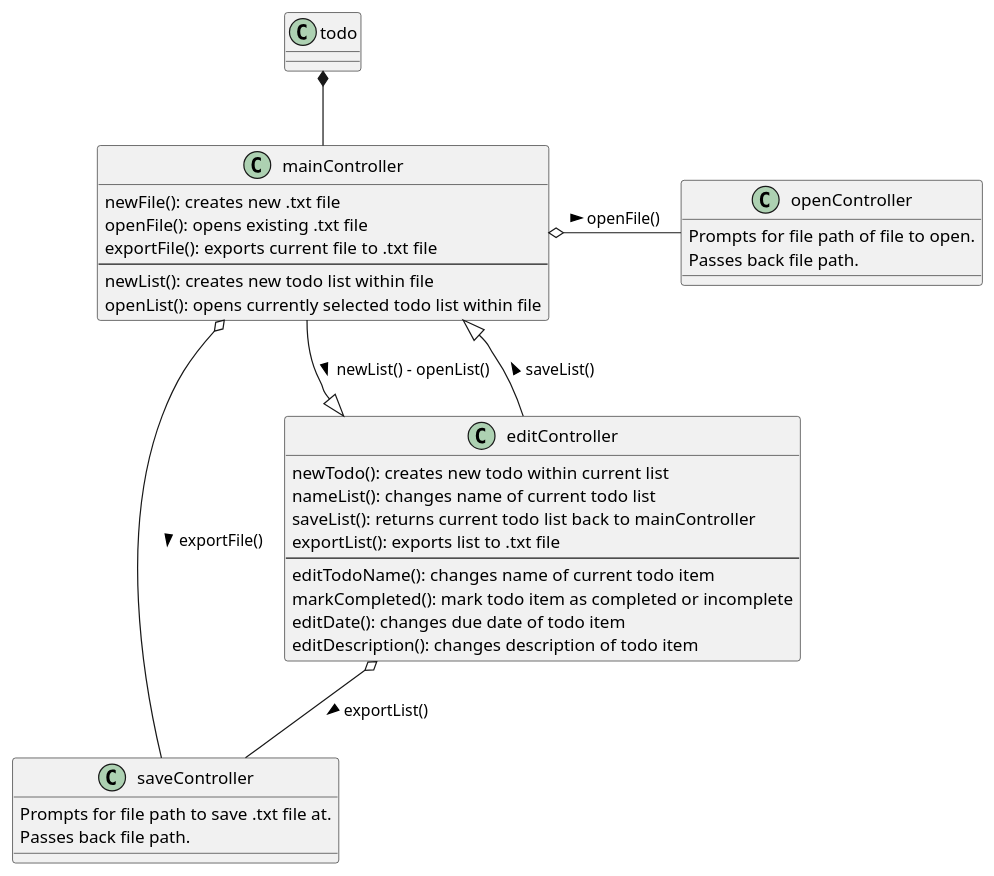
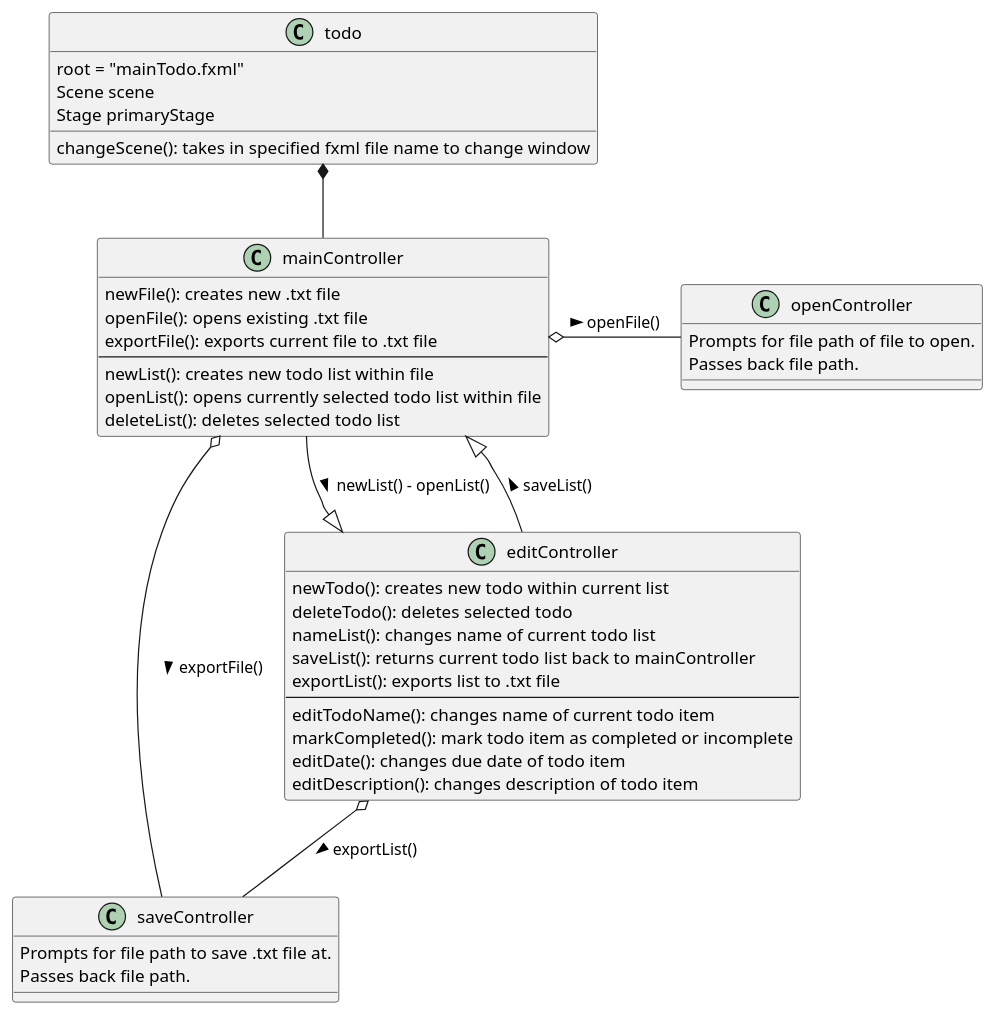
The diagram in src/uml/todo.puml (kh04p/Phan-COP3330-Assignment4part2), drawn with PlantUML before and after one commit. The commit also changed 4 other files, not shown here.

```diff
--- a/src/uml/todo.puml
+++ b/src/uml/todo.puml
@@ -1,53 +1,62 @@
 @startuml
 'https://plantuml.com/class-diagram
 
 class todo
 class mainController
 class openController
 class saveController
 class editController
+
+class todo {
+root = "mainTodo.fxml"
+Scene scene
+Stage primaryStage
+changeScene(): takes in specified fxml file name to change window
+}
 
 todo *-- mainController
 
 class mainController {
 newFile(): creates new .txt file
 openFile(): opens existing .txt file
 exportFile(): exports current file to .txt file
 --
 newList(): creates new todo list within file
 openList(): opens currently selected todo list within file
+deleteList(): deletes selected todo list
 }
 
 mainController o- openController: openFile() >
 mainController o-- saveController: exportFile() >
 
 mainController --|> editController: newList() - openList() >
 editController --|> mainController: saveList() >
 
 class editController {
 newTodo(): creates new todo within current list
+deleteTodo(): deletes selected todo
 nameList(): changes name of current todo list
 saveList(): returns current todo list back to mainController
 exportList(): exports list to .txt file
 --
 editTodoName(): changes name of current todo item
 markCompleted(): mark todo item as completed or incomplete
 editDate(): changes due date of todo item
 editDescription(): changes description of todo item
 }
 
 editController o-- saveController: exportList() >
 
 class openController {
 Prompts for file path of file to open.
 Passes back file path.
 }
 
 class saveController {
 Prompts for file path to save .txt file at.
 Passes back file path.
 }
 
 
 
 @enduml
```
